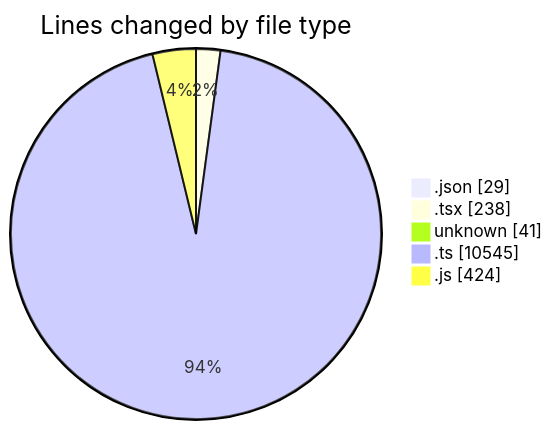
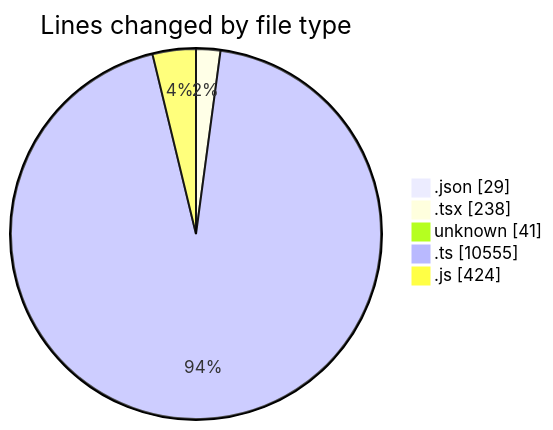
The first of 2 diagrams in 2025-06-09/cda/README.md (momahboobian/code-tracking), drawn with Mermaid before and after one commit. The commit also changed other lines of this file and 1 other file, not shown here.

````diff
--- a/2025-06-09/cda/README.md
+++ b/2025-06-09/cda/README.md
@@ -27,9 +27,9 @@
 ```mermaid
 pie showData
 title Lines changed by file type
 ".json" : 29
 ".tsx" : 238
 "unknown" : 41
-".ts" : 10545
+".ts" : 10555
 ".js" : 424
 ```
````
